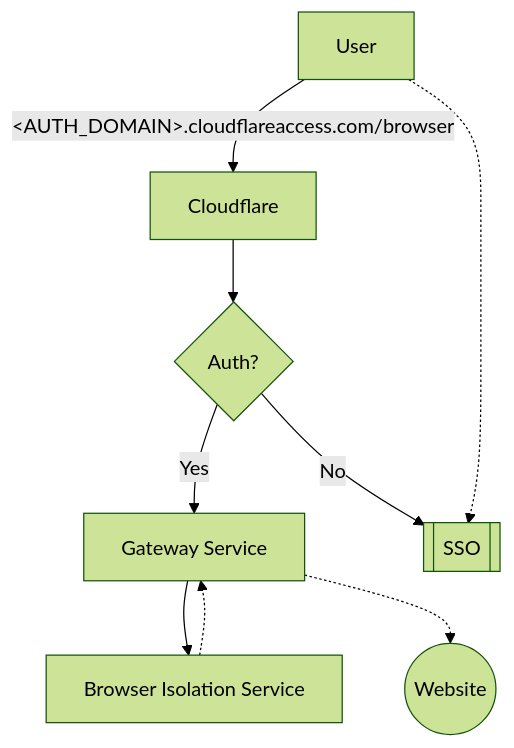
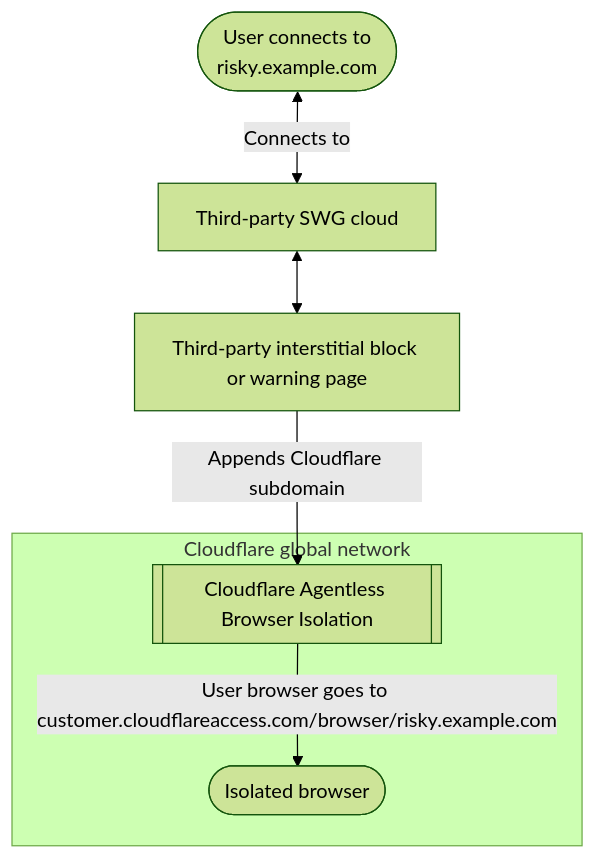
One commit to cloudflare/cloudflare-docs changed the diagram in content/learning-paths/defense-in-depth/build-http-policies/browser-isolation.md. Above: the diagram before and after it, drawn with Mermaid (forest theme).

Commit message:
Add inline BISO diagram

````diff
--- a/content/learning-paths/defense-in-depth/build-http-policies/browser-isolation.md
+++ b/content/learning-paths/defense-in-depth/build-http-policies/browser-isolation.md
@@ -208,22 +208,20 @@
 ```mermaid
 flowchart TB
     %% Accessibility
     accTitle: Browser Isolation architecture
     accDescr: Flowchart describing the order of operations for user traffic for in-line Browser Isolation.
 
     %% User traffic
-    user[User]--"&lt;AUTH_DOMAIN>.cloudflareaccess.com/browser"-->cf[Cloudflare]
-    cf-->auth{Auth?}
-    auth--"Yes"-->gateway[Gateway Service]
+    user(["User connects to </br>risky.example.com"])<--"Connects to"-->cloud[Third-party SWG cloud]
+
+    %% Third-party SWG
+    cloud<-->warning[Third-party interstitial block or warning page]
+    warning--"Appends Cloudflare subdomain"-->biso
     
-    %% SSO authorization
-    auth--"No"-->sso[[SSO]]
-    user-.->sso
-
-    %% Gateway + RBI
-    gateway-->rbi[Browser Isolation Service]
-    rbi-.->gateway
-
-    %% Origin
-    gateway-.->web((Website))
+    %% Browser Isolation
+    subgraph cf [Cloudflare global network]
+    biso[[Cloudflare Agentless Browser Isolation]]
+    inline(["Isolated browser"])
+    biso--"User browser goes to </br>customer.cloudflareaccess.com/browser/risky.example.com"-->inline
+    end
 ```
````
